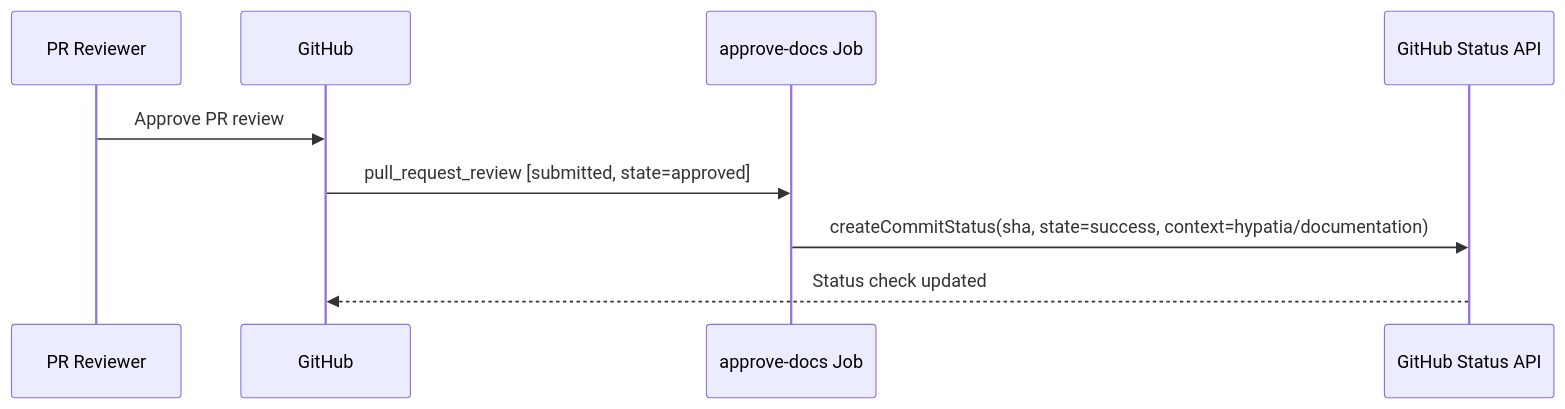
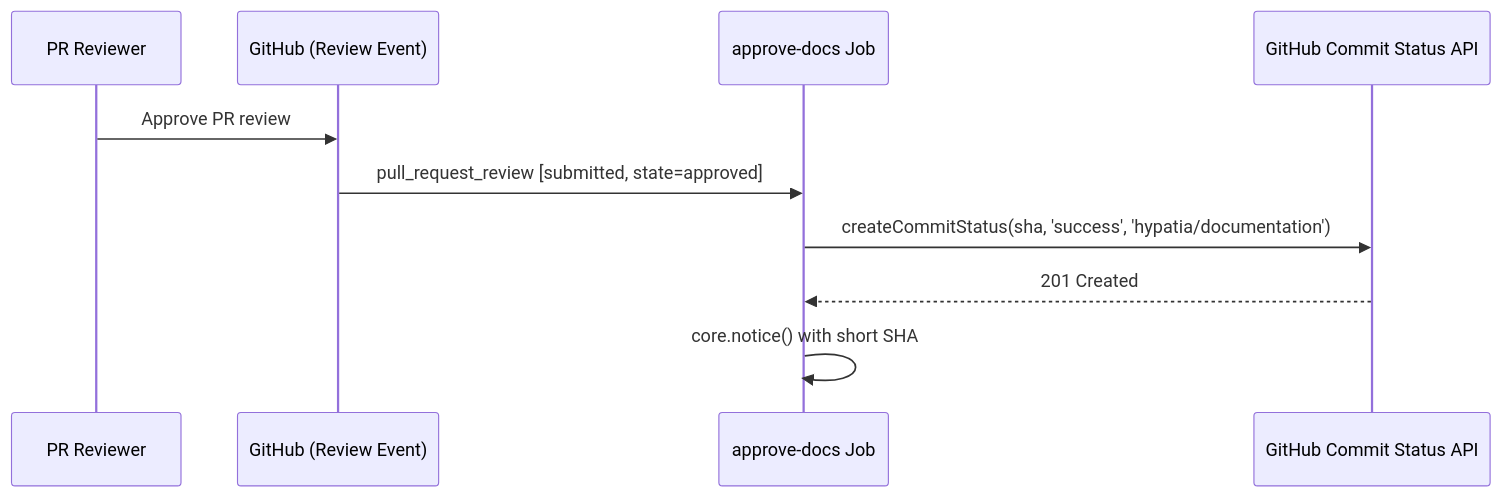
Before and after one commit to cornelisnetworks/opa-psm2-tests: the fourth of 4 diagrams in docs/.github-workflows.md, drawn with Mermaid. The commit also changed other lines of this file and 1 other file, not shown here.

Commit message:
docs: auto-generate documentation for PR #1 [skip ci]

````diff
--- a/docs/.github-workflows.md
+++ b/docs/.github-workflows.md
@@ -65,12 +92,13 @@
 ```mermaid
 sequenceDiagram
     participant Reviewer as PR Reviewer
-    participant GH as GitHub
+    participant GH as GitHub (Review Event)
     participant Approve as approve-docs Job
-    participant Status as GitHub Status API
+    participant Status as GitHub Commit Status API
 
     Reviewer->>GH: Approve PR review
     GH->>Approve: pull_request_review [submitted, state=approved]
-    Approve->>Status: createCommitStatus(sha, state=success, context=hypatia/documentation)
-    Status-->>GH: Status check updated
+    Approve->>Status: createCommitStatus(sha, 'success', 'hypatia/documentation')
+    Status-->>Approve: 201 Created
+    Approve->>Approve: core.notice() with short SHA
 ```
````
